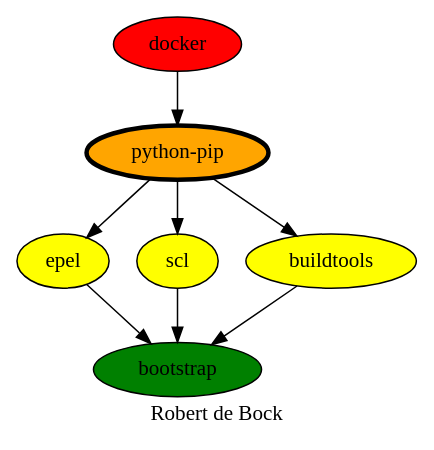
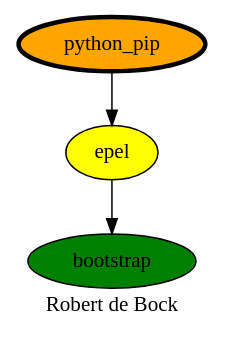
The diagram in python-pip.dot (robertdebock/drawings), drawn with Graphviz before and after one commit. The commit also changed 4 other files, not shown here.

```diff
--- a/python-pip.dot
+++ b/python-pip.dot
@@ -1,16 +1,11 @@
 digraph PhiloDilemma {
   label = "Robert de Bock" ;
   overlap=false
   {
     bootstrap [fillcolor=green style=filled]
     epel [fillcolor=yellow style=filled]
-    scl [fillcolor=yellow style=filled]
-    buildtools [fillcolor=yellow style=filled]
-    "python-pip" [fillcolor=orange style=filled penwidth=3]
-    docker [fillcolor=red style=filled]
+    "python_pip" [fillcolor=orange style=filled penwidth=3]
   }
-  {buildtools epel scl} -> bootstrap
-  "python-pip" -> epel
-  docker -> "python-pip"
-  "python-pip" -> {buildtools scl}
+  epel -> bootstrap
+  "python_pip" -> epel
 }
```
